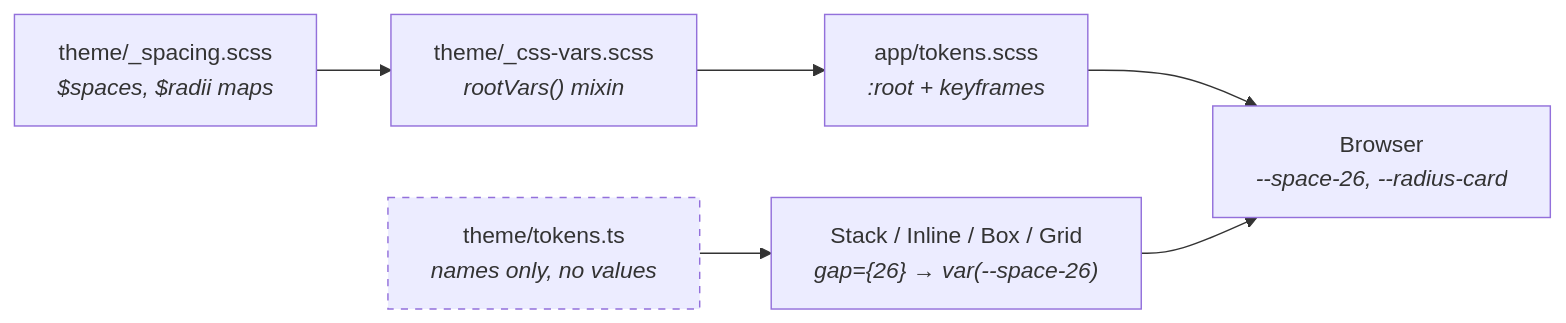
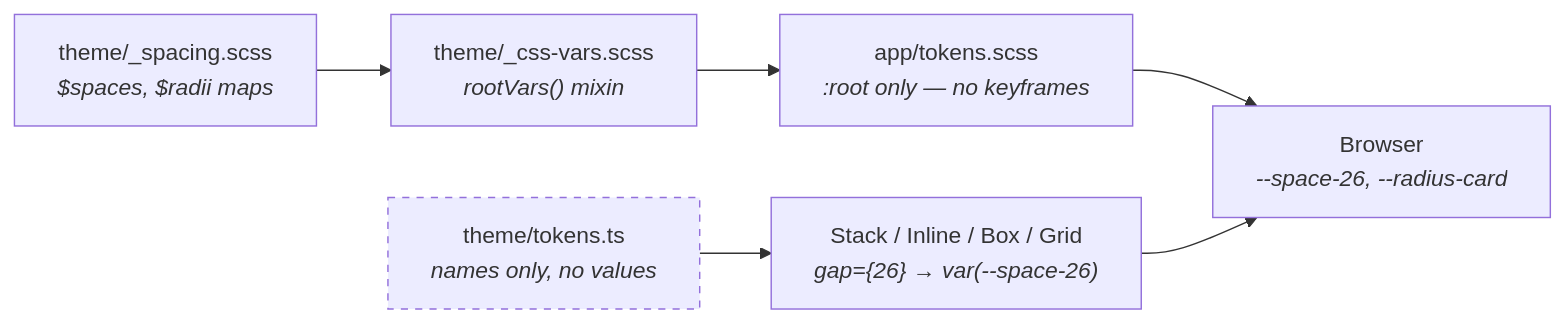
The seventh of 11 diagrams in docs/architecture.md (Jmeza081/captionist), drawn with Mermaid before and after one commit. The commit also changed other lines of this file and 37 other files, not shown here.

````diff
--- a/docs/architecture.md
+++ b/docs/architecture.md
@@ -1370,14 +1447,14 @@
 ```mermaid
 graph LR
   S["theme/_spacing.scss<br/><i>$spaces, $radii maps</i>"]
   V["theme/_css-vars.scss<br/><i>rootVars() mixin</i>"]
-  T["app/tokens.scss<br/><i>:root + keyframes</i>"]
+  T["app/tokens.scss<br/><i>:root only — no keyframes</i>"]
   B["Browser<br/><i>--space-26, --radius-card</i>"]
   TS["theme/tokens.ts<br/><i>names only, no values</i>"]
   P["Stack / Inline / Box / Grid<br/><i>gap={26} → var(--space-26)</i>"]
 
   S --> V --> T --> B
   TS --> P --> B
 
   style TS stroke-dasharray: 5 5
 ```
````
